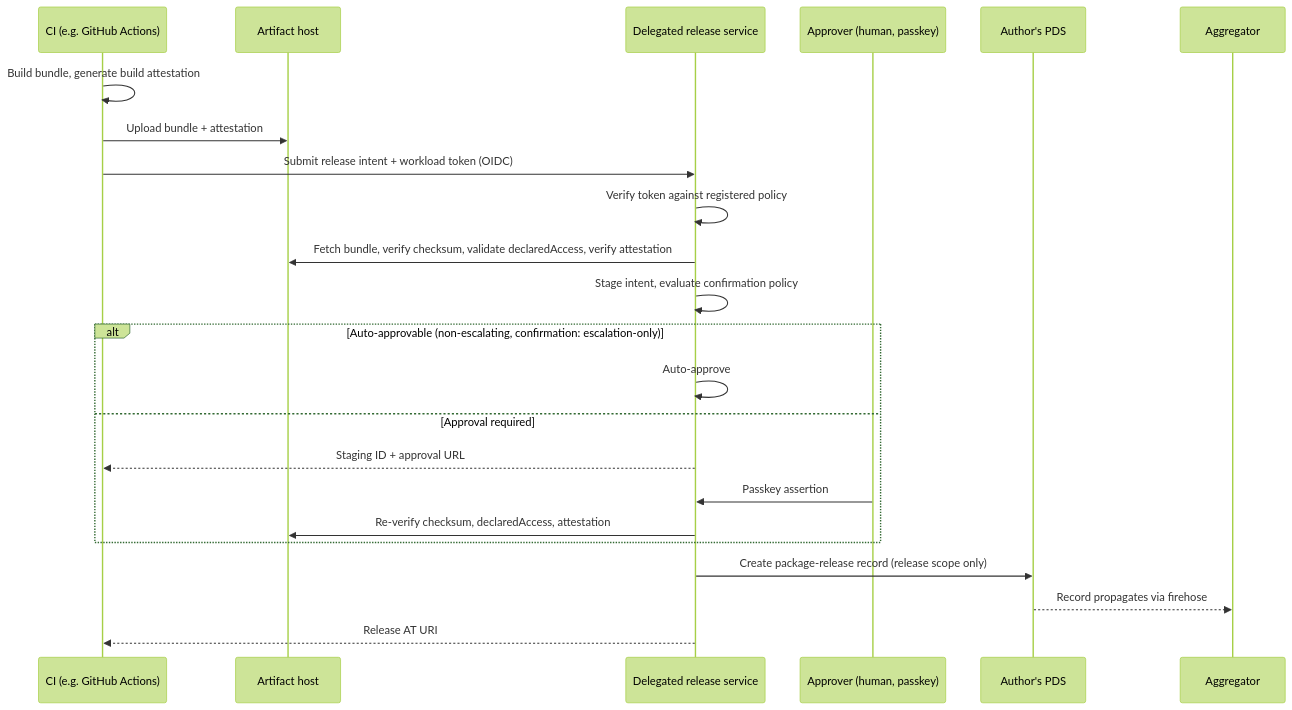
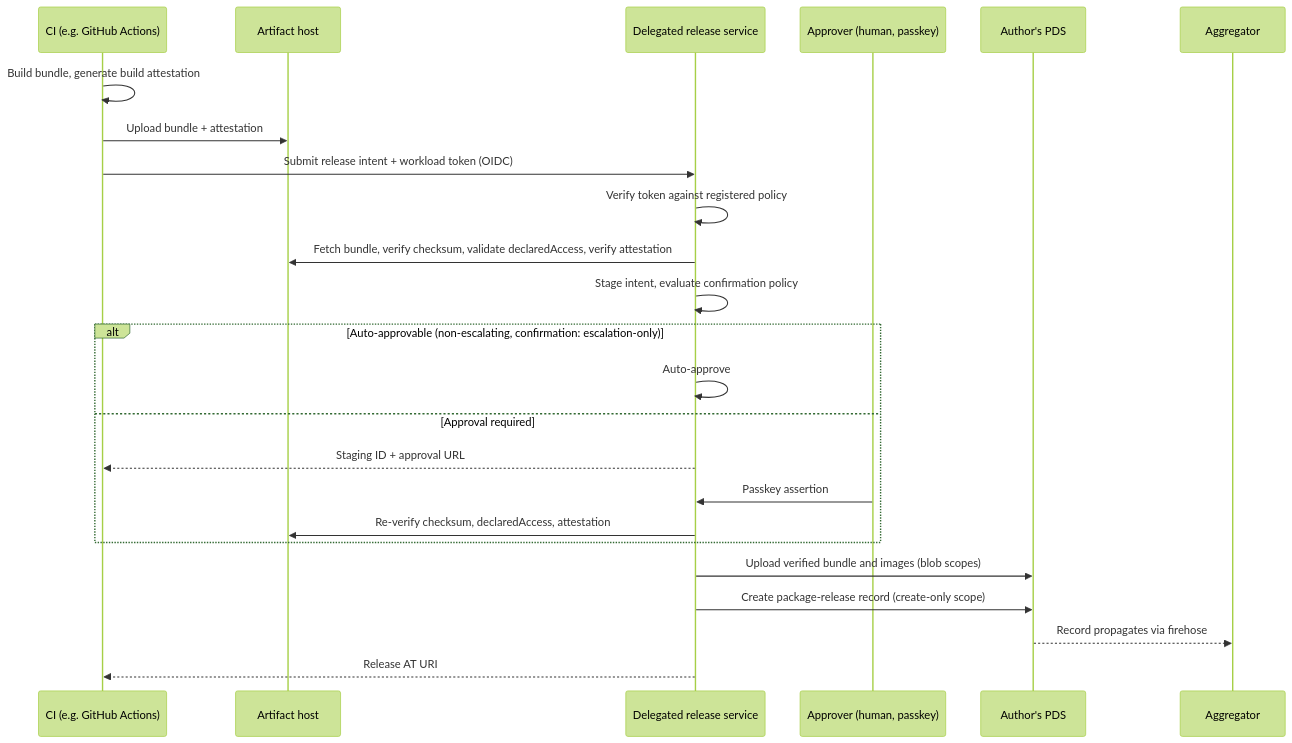
The diagram in rfcs/0002-attested-automated-publishing.md (601444279/emdash), drawn with Mermaid (forest theme) before and after one commit. The commit also changed other lines of this file, not shown here.

Commit message:
docs(rfc): grant delegated publishing blob scopes

````diff
--- a/rfcs/0002-attested-automated-publishing.md
+++ b/rfcs/0002-attested-automated-publishing.md
@@ -178,26 +184,27 @@
 ```mermaid
 sequenceDiagram
     participant CI as CI (e.g. GitHub Actions)
     participant Host as Artifact host
     participant DRS as Delegated release service
     participant Approver as Approver (human, passkey)
     participant PDS as Author's PDS
     participant Agg as Aggregator
 
     CI->>CI: Build bundle, generate build attestation
     CI->>Host: Upload bundle + attestation
     CI->>DRS: Submit release intent + workload token (OIDC)
     DRS->>DRS: Verify token against registered policy
     DRS->>Host: Fetch bundle, verify checksum, validate declaredAccess, verify attestation
     DRS->>DRS: Stage intent, evaluate confirmation policy
     alt Auto-approvable (non-escalating, confirmation: escalation-only)
         DRS->>DRS: Auto-approve
     else Approval required
         DRS-->>CI: Staging ID + approval URL
         Approver->>DRS: Passkey assertion
         DRS->>Host: Re-verify checksum, declaredAccess, attestation
     end
-    DRS->>PDS: Create package-release record (release scope only)
+    DRS->>PDS: Upload verified bundle and images (blob scopes)
+    DRS->>PDS: Create package-release record (create-only scope)
     PDS-->>Agg: Record propagates via firehose
     DRS-->>CI: Release AT URI
 ```
````
